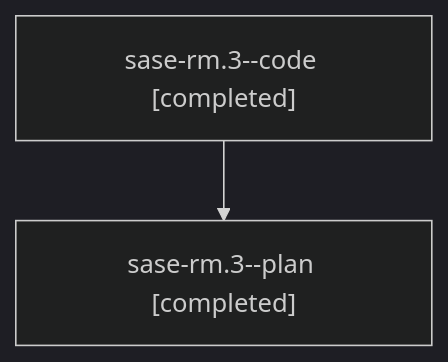
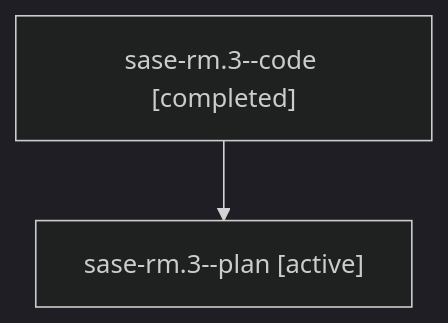
The diagram in families/bbugyi200.athena.sase-rm.3.md (sase-org/sase--agents), drawn with Mermaid (dark theme) before and after one commit. The commit also changed other lines of this file and 35830 other files, not shown here.

````diff
--- a/families/bbugyi200.athena.sase-rm.3.md
+++ b/families/bbugyi200.athena.sase-rm.3.md
@@ -9,6 +9,6 @@
 ```mermaid
 flowchart TD
   n0["sase-rm.3--code [completed]"]
-  n1["sase-rm.3--plan [completed]"]
+  n1["sase-rm.3--plan [active]"]
   n0 --> n1
 ```
````
